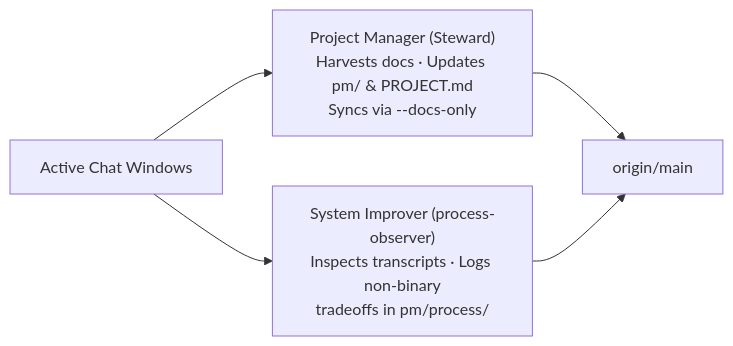
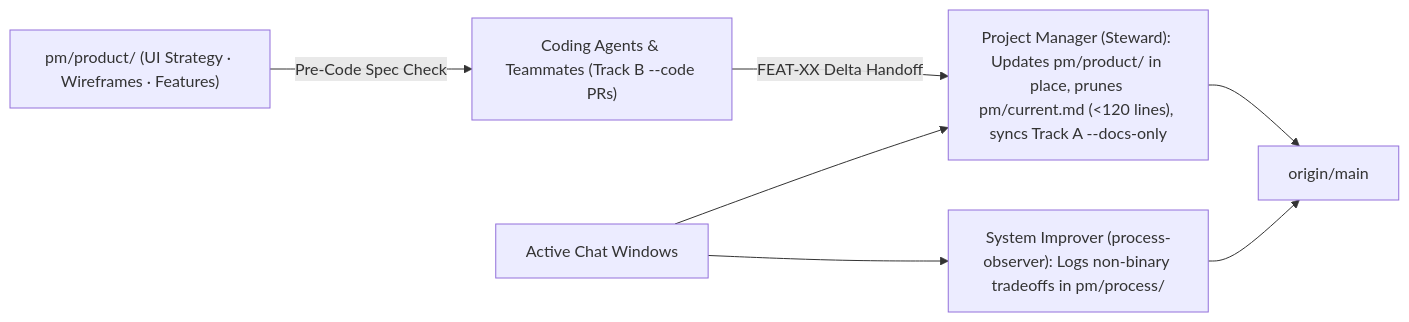
One commit to jontumalle/simon changed the diagram in governance/knowledge-and-stewardship.md. Above: the diagram before and after it, drawn with Mermaid. The commit also changed other lines of this file and 16 other files, not shown here.

Commit message:
docs(product,pm): add UI strategy, wireframes, user stories, feature specs, and version-aware Steward process

````diff
--- a/governance/knowledge-and-stewardship.md
+++ b/governance/knowledge-and-stewardship.md
@@ -5,7 +5,9 @@
 ```mermaid
 flowchart LR
-    CHAT["Active Chat Windows"] --> STEW["Project Manager (Steward)\nHarvests docs · Updates pm/ & PROJECT.md\nSyncs via --docs-only"]
-    CHAT --> OBS["System Improver (process-observer)\nInspects transcripts · Logs non-binary\ntradeoffs in pm/process/"]
+    SPEC["pm/product/ (UI Strategy · Wireframes · Features)"] -->|"Pre-Code Spec Check"| ENG["Coding Agents & Teammates (Track B --code PRs)"]
+    ENG -->|"FEAT-XX Delta Handoff"| STEW["Project Manager (Steward): Updates pm/product/ in place, prunes pm/current.md (<120 lines), syncs Track A --docs-only"]
+    CHAT["Active Chat Windows"] --> STEW
+    CHAT --> OBS["System Improver (process-observer): Logs non-binary tradeoffs in pm/process/"]
     STEW --> MAIN["origin/main"]
     OBS --> MAIN
 ```
````
